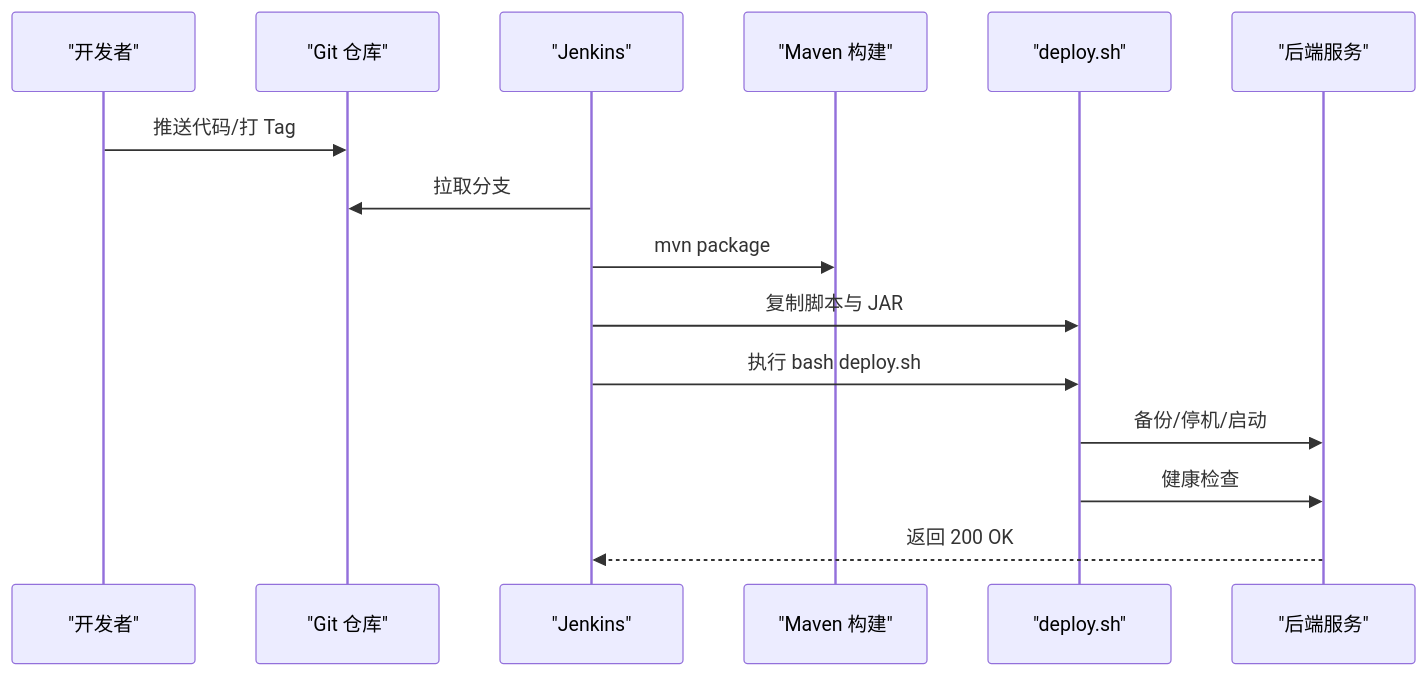
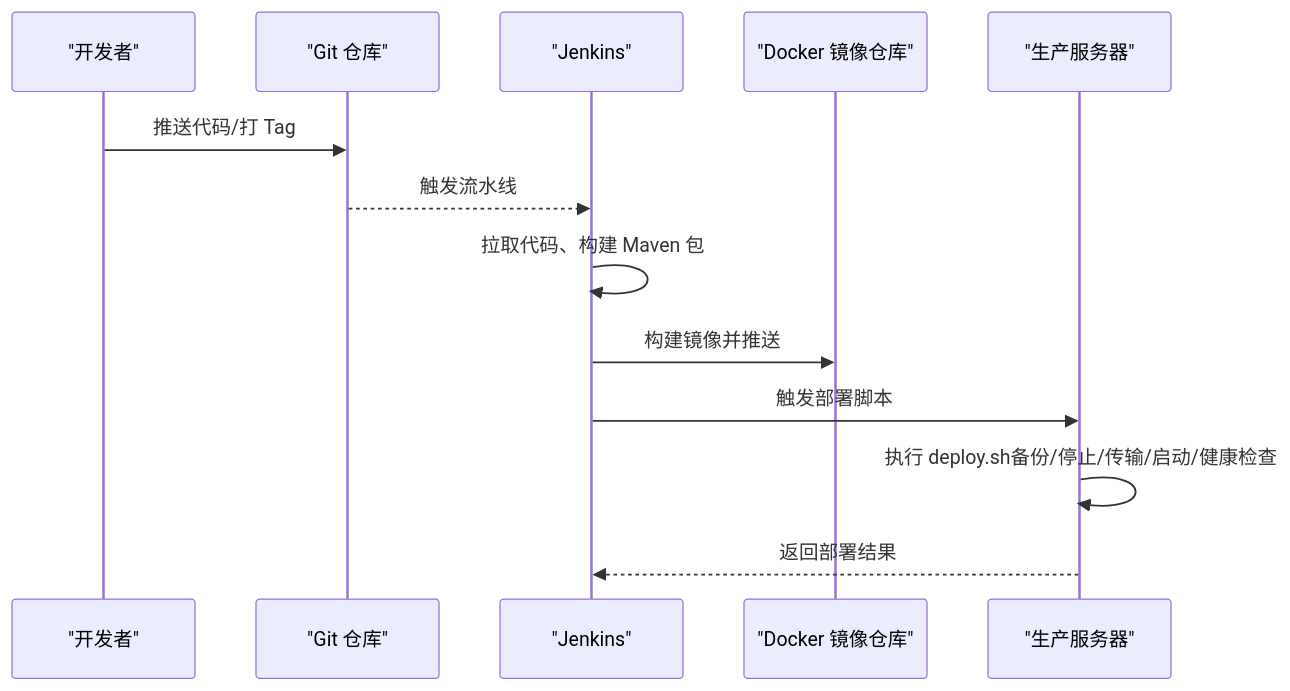
One commit to zhuangpengLI/AgenticCPS changed the second of 6 diagrams in .qoder/repowiki/zh/content/部署与运维/部署与运维.md. Above: the diagram before and after it, drawn with Mermaid. The commit also changed other lines of this file and 293 other files, not shown here.

````diff
--- a/.qoder/repowiki/zh/content/部署与运维/部署与运维.md
+++ b/.qoder/repowiki/zh/content/部署与运维/部署与运维.md
@@ -259,17 +100,15 @@
 ```mermaid
 sequenceDiagram
 participant Dev as "开发者"
 participant Git as "Git 仓库"
 participant Jenkins as "Jenkins"
-participant Build as "Maven 构建"
-participant Deploy as "deploy.sh"
-participant App as "后端服务"
+participant Docker as "Docker 镜像仓库"
+participant Prod as "生产服务器"
 Dev->>Git : 推送代码/打 Tag
-Jenkins->>Git : 拉取分支
-Jenkins->>Build : mvn package
-Jenkins->>Deploy : 复制脚本与 JAR
-Jenkins->>Deploy : 执行 bash deploy.sh
-Deploy->>App : 备份/停机/启动
-Deploy->>App : 健康检查
-App-->>Jenkins : 返回 200 OK
+Git-->>Jenkins : 触发流水线
+Jenkins->>Jenkins : 拉取代码、构建 Maven 包
+Jenkins->>Docker : 构建镜像并推送
+Jenkins->>Prod : 触发部署脚本
+Prod->>Prod : 执行 deploy.sh备份/停止/传输/启动/健康检查
+Prod-->>Jenkins : 返回部署结果
 ```
````
